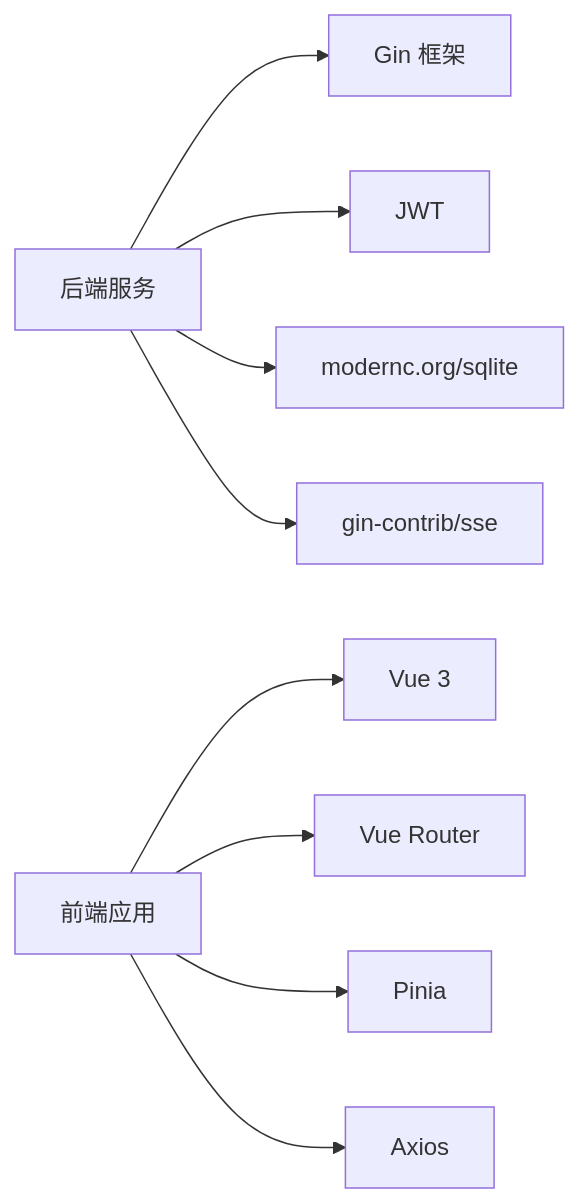
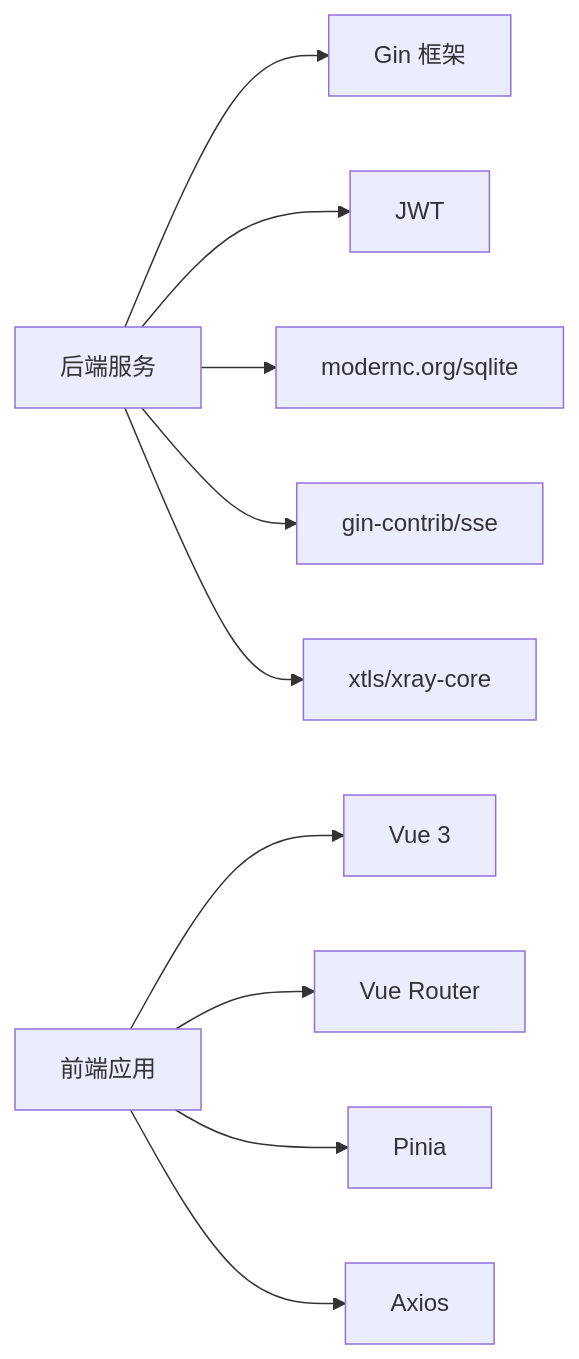
Before and after one commit to AlcaProphet/VPN-Subscription-Management: the tenth of 11 diagrams in .qoder/repowiki/zh/content/架构设计/架构设计.md, drawn with Mermaid. The commit also changed other lines of this file and 109 other files, not shown here.

````diff
--- a/.qoder/repowiki/zh/content/架构设计/架构设计.md
+++ b/.qoder/repowiki/zh/content/架构设计/架构设计.md
@@ -273,19 +371,21 @@
 ```mermaid
 graph LR
 Gin["Gin 框架"]
 JWT["JWT"]
 SQLite["modernc.org/sqlite"]
 SSE["gin-contrib/sse"]
+Xray["xtls/xray-core"]
 Vue["Vue 3"]
 Router["Vue Router"]
 Pinia["Pinia"]
 Axios["Axios"]
 Backend["后端服务"] --> Gin
 Backend --> JWT
 Backend --> SQLite
 Backend --> SSE
+Backend --> Xray
 Frontend["前端应用"] --> Vue
 Frontend --> Router
 Frontend --> Pinia
 Frontend --> Axios
 ```
````
